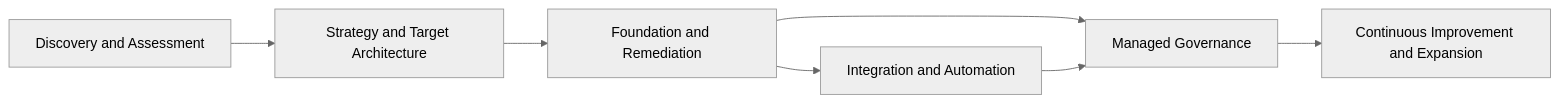
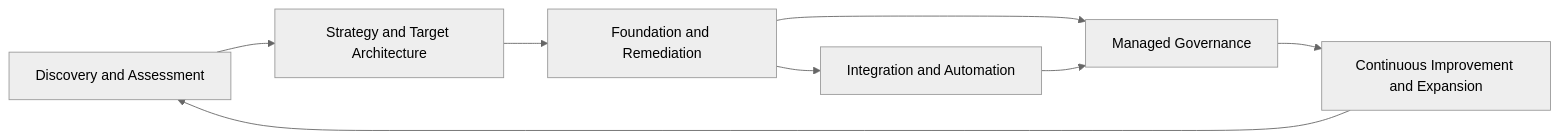
The diagram in docs/business/03-SERVICE-ARCHITECTURE.md (millercorpinc/CompuCorpinc), drawn with Mermaid (neutral theme) before and after one commit. The commit also changed other lines of this file, not shown here.

Commit message:
Reconcile service architecture with recovered models

````diff
--- a/docs/business/03-SERVICE-ARCHITECTURE.md
+++ b/docs/business/03-SERVICE-ARCHITECTURE.md
@@ -5,9 +11,10 @@
 ```mermaid
 flowchart LR
     A[Discovery and Assessment] --> B[Strategy and Target Architecture]
     B --> C[Foundation and Remediation]
     C --> D[Integration and Automation]
     C --> E[Managed Governance]
     D --> E
     E --> F[Continuous Improvement and Expansion]
+    F --> A
 ```
````
